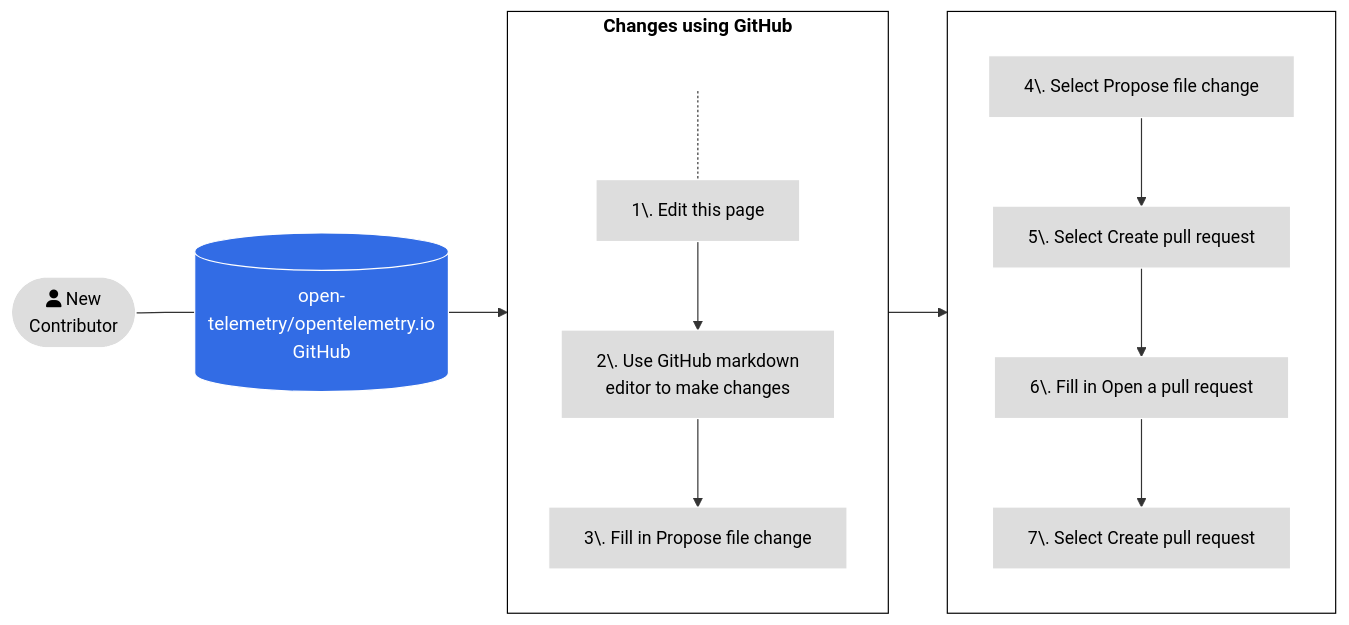
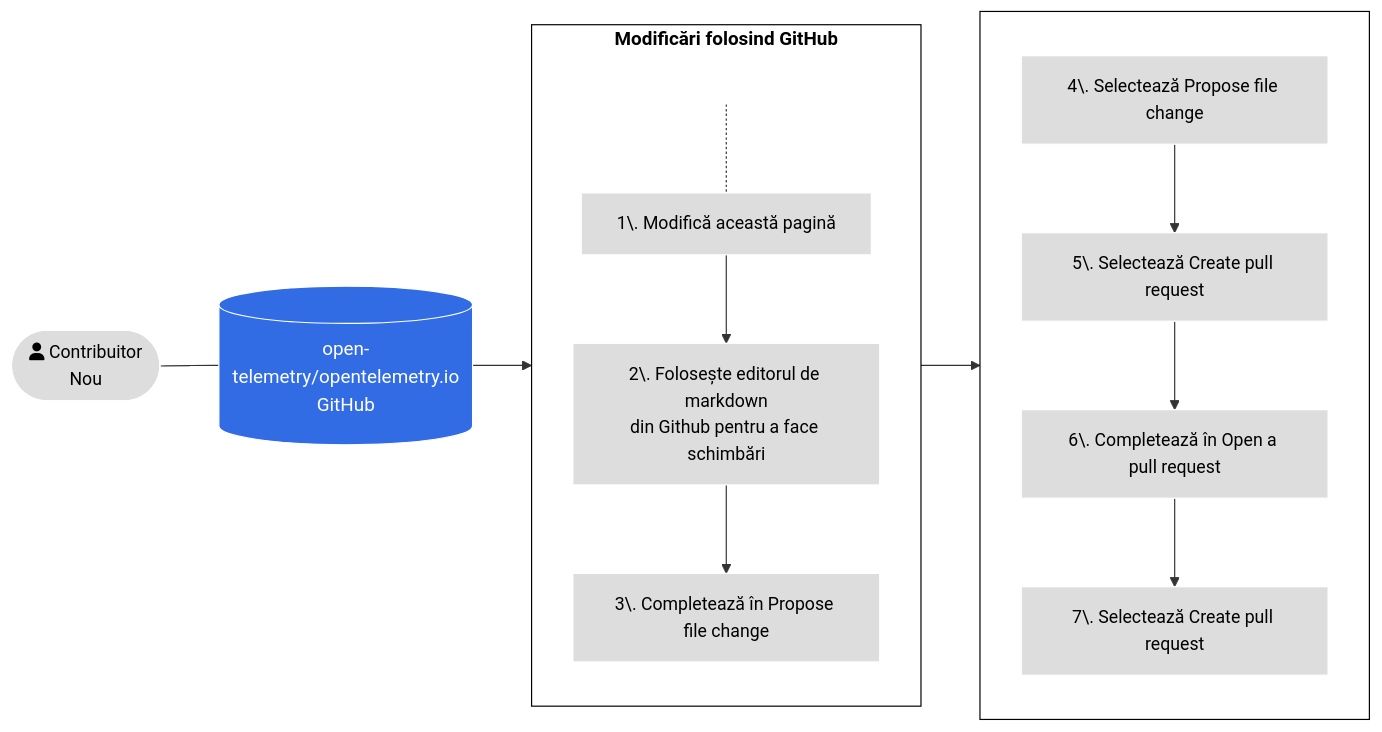
The second of 4 diagrams in content/ro/docs/contributing/pull-requests.md (open-telemetry/opentelemetry.io), drawn with Mermaid before and after one commit. The commit also changed other lines of this file, not shown here.

Commit message:
translated how to use github for contributions

````diff
--- a/content/ro/docs/contributing/pull-requests.md
+++ b/content/ro/docs/contributing/pull-requests.md
@@ -90,27 +90,27 @@
 ```mermaid
 flowchart LR
-A([fa:fa-user New<br>Contributor]) --- id1[(open-telemetry/opentelemetry.io<br>GitHub)]
-subgraph tasks[Changes using GitHub]
+A([fa:fa-user Contribuitor<br>Nou]) --- id1[(open-telemetry/opentelemetry.io<br>GitHub)]
+subgraph tasks[Modificări folosind GitHub]
 direction TB
     0[ ] -.-
-    1[1\. Edit this page] --> 2[2\. Use GitHub markdown<br>editor to make changes]
-    2 --> 3[3\. Fill in Propose file change]
+    1[1\. Modifică această pagină] --> 2[2\. Folosește editorul de markdown<br>din Github pentru a face schimbări]
+    2 --> 3[3\. Completează în Propose file change]
 
 end
 subgraph tasks2[ ]
 direction TB
-4[4\. Select Propose file change] --> 5[5\. Select Create pull request] --> 6[6\. Fill in Open a pull request]
-6 --> 7[7\. Select Create pull request]
+4[4\. Selectează Propose file change] --> 5[5\. Selectează Create pull request] --> 6[6\. Completează în Open a pull request]
+6 --> 7[7\. Selectează Create pull request]
 end
 
 id1 --> tasks --> tasks2
 
 classDef grey fill:#dddddd,stroke:#ffffff,stroke-width:px,color:#000000, font-size:15px;
 classDef white fill:#ffffff,stroke:#000,stroke-width:px,color:#000,font-weight:bold
 classDef k8s fill:#326ce5,stroke:#fff,stroke-width:1px,color:#fff;
 classDef spacewhite fill:#ffffff,stroke:#fff,stroke-width:0px,color:#000
 class A,1,2,3,4,5,6,7 grey
 class 0 spacewhite
 class tasks,tasks2 white
 class id1 k8s
 ```
````
